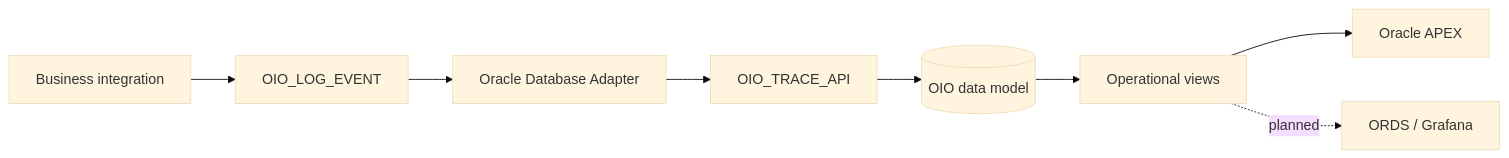
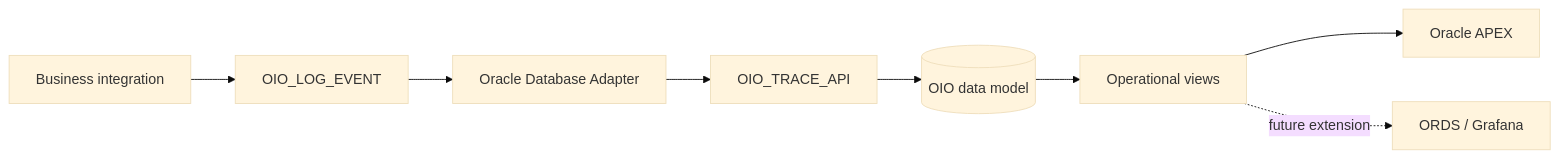
Before and after one commit to lucianosilva/oracle-integration-observability: the diagram in README.md, drawn with Mermaid (base theme). The commit also changed other lines of this file and 9 other files, not shown here.

````diff
--- a/README.md
+++ b/README.md
@@ -17,11 +17,11 @@
 ```mermaid
 flowchart LR
     A[Business integration] --> B[OIO_LOG_EVENT]
     B --> C[Oracle Database Adapter]
     C --> D[OIO_TRACE_API]
 
     D --> E[(OIO data model)]
     E --> F[Operational views]
     F --> G[Oracle APEX]
-    F -. planned .-> H[ORDS / Grafana]
+    F -. future extension .-> H[ORDS / Grafana]
 ```
````
